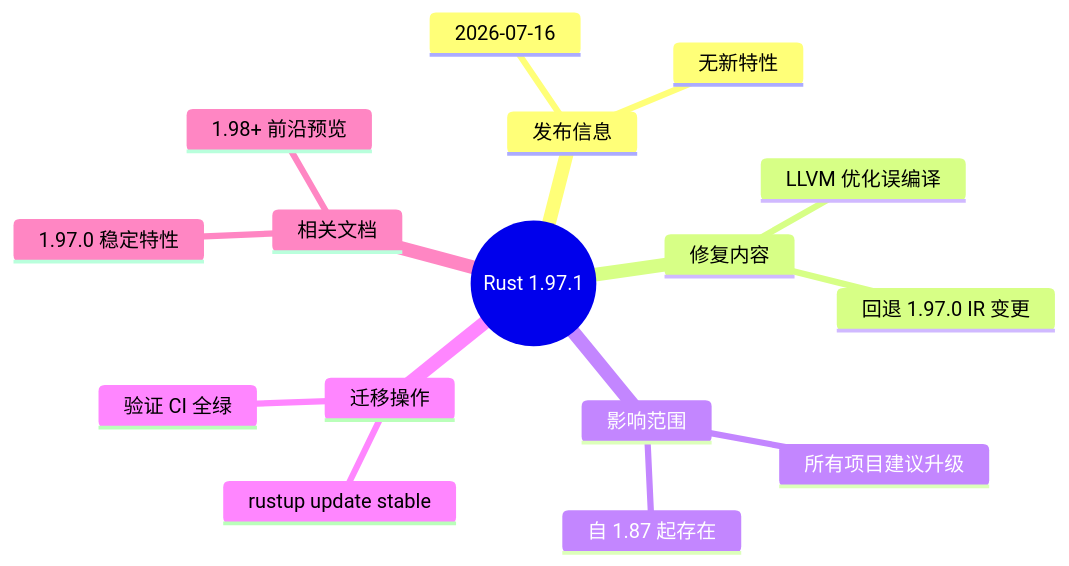
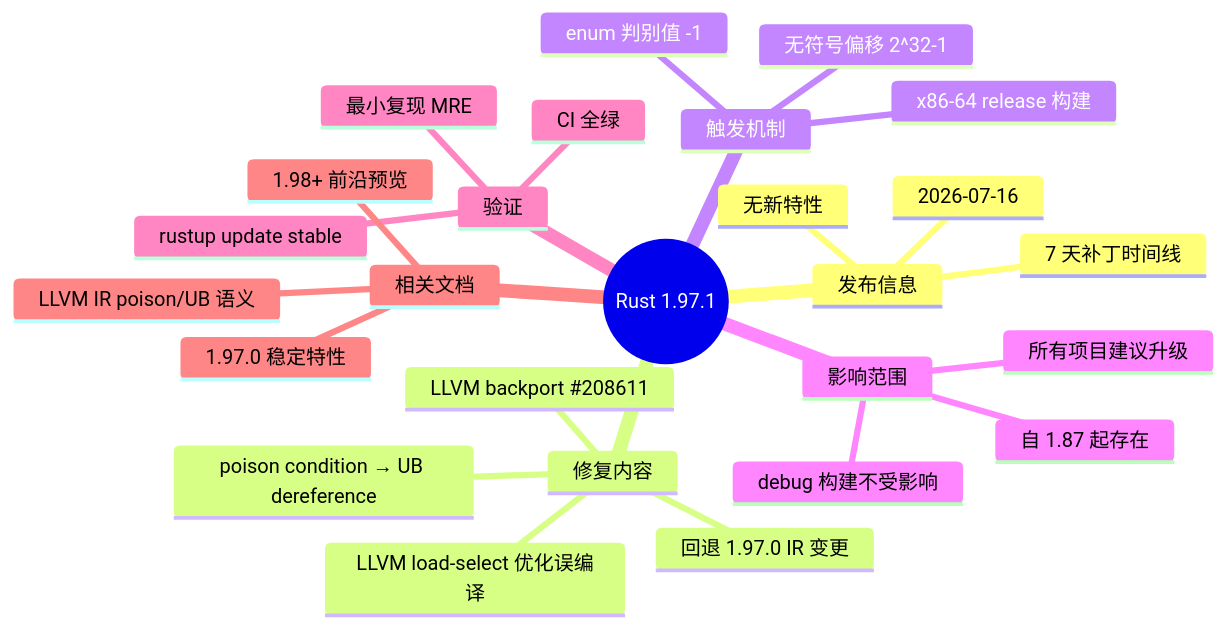
Before and after one commit to martin-ly/rust-lang: the diagram in concept/07_future/00_version_tracking/rust_1_97_1.md, drawn with Mermaid. The commit also changed other lines of this file and 36 other files, not shown here.

````diff
--- a/concept/07_future/00_version_tracking/rust_1_97_1.md
+++ b/concept/07_future/00_version_tracking/rust_1_97_1.md
@@ -170,19 +256,29 @@
 ```mermaid
 mindmap
   root((Rust 1.97.1))
     发布信息
       2026-07-16
       无新特性
+      7 天补丁时间线
     修复内容
-      LLVM 优化误编译
+      LLVM load-select 优化误编译
+      poison condition → UB dereference
+      LLVM backport #208611
       回退 1.97.0 IR 变更
+    触发机制
+      enum 判别值 -1
+      无符号偏移 2^32-1
+      x86-64 release 构建
     影响范围
       自 1.87 起存在
+      debug 构建不受影响
       所有项目建议升级
-    迁移操作
+    验证
+      最小复现 MRE
       rustup update stable
-      验证 CI 全绿
+      CI 全绿
     相关文档
       1.97.0 稳定特性
+      LLVM IR poison/UB 语义
       1.98+ 前沿预览
 ```
````
